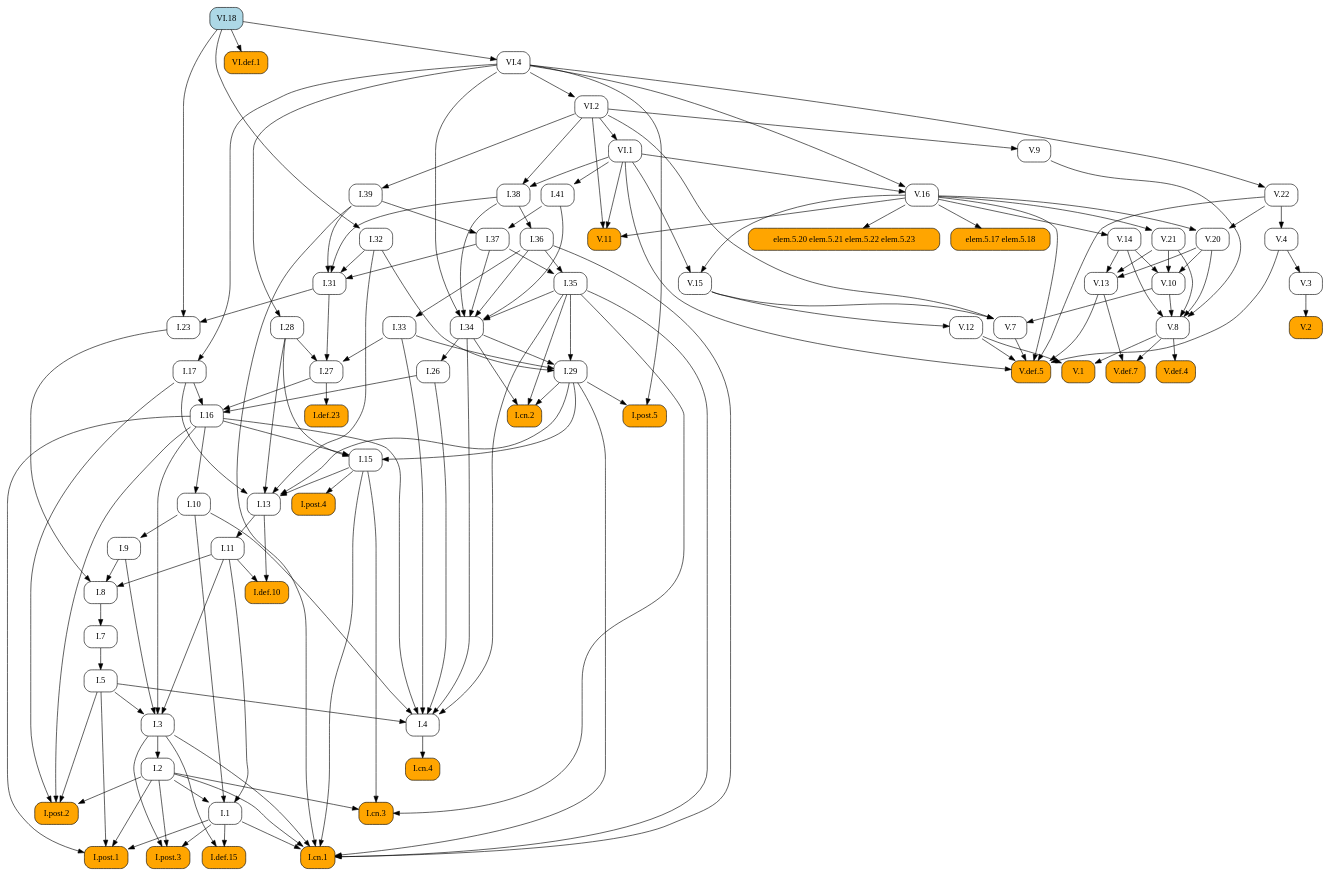
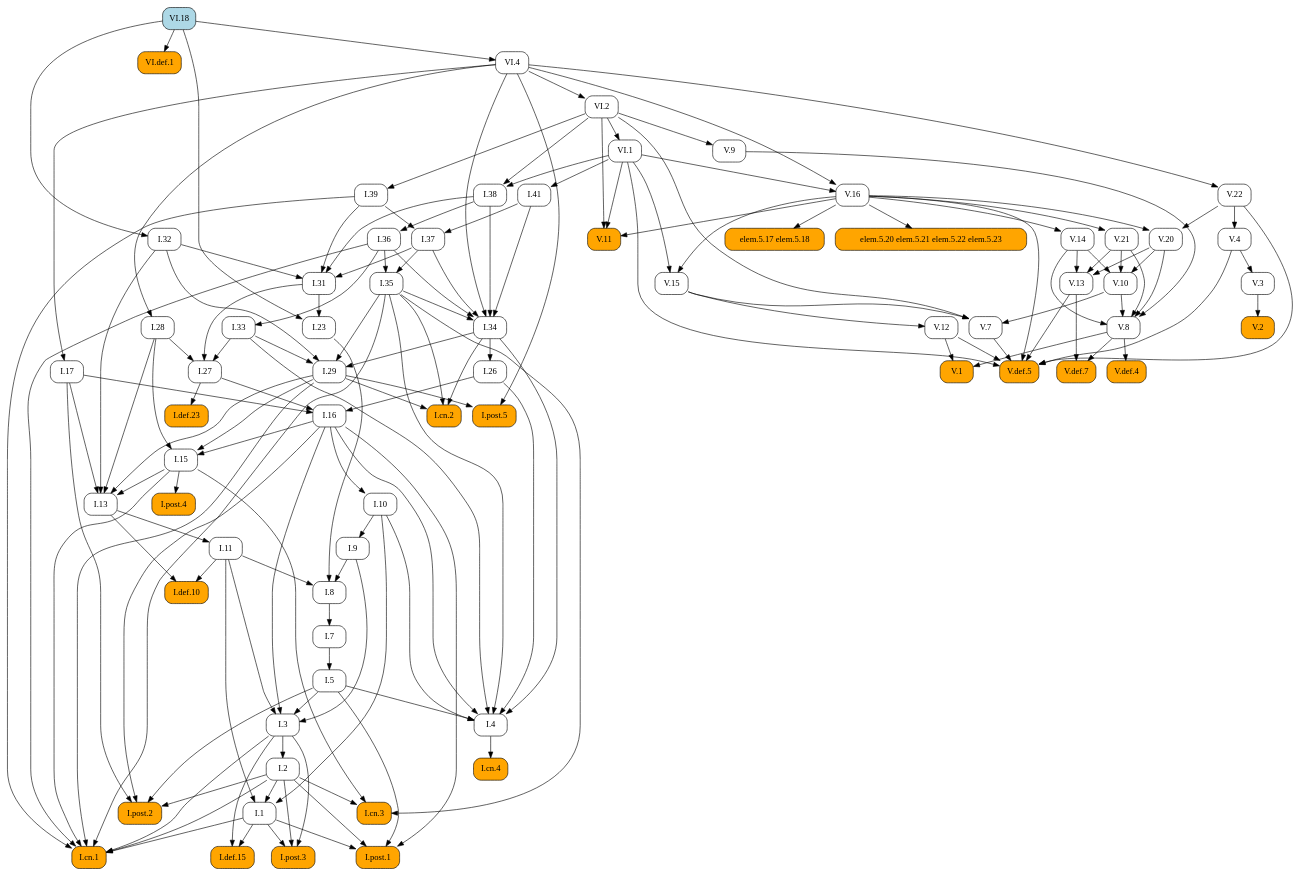
The diagram in docsrc/heath/VI/18/index.rst (geometor/elements), drawn with Graphviz before and after one commit. The commit also changed other lines of this file and 1029 other files, not shown here.

```diff
--- a/docsrc/heath/VI/18/index.rst
+++ b/docsrc/heath/VI/18/index.rst
@@ -86,140 +86,82 @@
    digraph {
      rankdir="TB";
      node [shape=box, style=rounded];
+     "I.def.10" [style="rounded,filled", fillcolor=orange, URL="/heath/I/def.10/", target="_top"];
+     "I.11" [URL="/heath/I/11/", target="_top"];
+     "I.post.4" [style="rounded,filled", fillcolor=orange, URL="/heath/I/post.4/", target="_top"];
+     "I.28" [URL="/heath/I/28/", target="_top"];
+     "I.1" [URL="/heath/I/1/", target="_top"];
+     "VI.18" [style="rounded,filled", fillcolor=lightblue, URL="/heath/VI/18/", target="_top"];
+     "V.def.5" [style="rounded,filled", fillcolor=orange, URL="/heath/V/def.5/", target="_top"];
+     "V.13" [URL="/heath/V/13/", target="_top"];
+     "V.11" [style="rounded,filled", fillcolor=orange, URL="/heath/V/11/", target="_top"];
+     "I.post.3" [style="rounded,filled", fillcolor=orange, URL="/heath/I/post.3/", target="_top"];
+     "VI.1" [URL="/heath/VI/1/", target="_top"];
+     "I.cn.3" [style="rounded,filled", fillcolor=orange, URL="/heath/I/cn.3/", target="_top"];
+     "V.16" [URL="/heath/V/16/", target="_top"];
+     "VI.4" [URL="/heath/VI/4/", target="_top"];
+     "V.3" [URL="/heath/V/3/", target="_top"];
+     "V.8" [URL="/heath/V/8/", target="_top"];
+     "I.27" [URL="/heath/I/27/", target="_top"];
+     "I.36" [URL="/heath/I/36/", target="_top"];
+     "I.41" [URL="/heath/I/41/", target="_top"];
+     "I.37" [URL="/heath/I/37/", target="_top"];
+     "I.34" [URL="/heath/I/34/", target="_top"];
+     "I.2" [URL="/heath/I/2/", target="_top"];
+     "I.def.23" [style="rounded,filled", fillcolor=orange, URL="/heath/I/def.23/", target="_top"];
+     "I.17" [URL="/heath/I/17/", target="_top"];
+     "I.33" [URL="/heath/I/33/", target="_top"];
+     "I.post.2" [style="rounded,filled", fillcolor=orange, URL="/heath/I/post.2/", target="_top"];
+     "VI.def.1" [style="rounded,filled", fillcolor=orange, URL="/heath/VI/def.1/", target="_top"];
+     "elem.5.20 elem.5.21 elem.5.22 elem.5.23" [style="rounded,filled", fillcolor=orange];
+     "I.9" [URL="/heath/I/9/", target="_top"];
+     "I.32" [URL="/heath/I/32/", target="_top"];
+     "I.cn.4" [style="rounded,filled", fillcolor=orange, URL="/heath/I/cn.4/", target="_top"];
+     "V.def.4" [style="rounded,filled", fillcolor=orange, URL="/heath/V/def.4/", target="_top"];
+     "I.15" [URL="/heath/I/15/", target="_top"];
+     "I.38" [URL="/heath/I/38/", target="_top"];
+     "V.def.7" [style="rounded,filled", fillcolor=orange, URL="/heath/V/def.7/", target="_top"];
+     "I.5" [URL="/heath/I/5/", target="_top"];
+     "V.21" [URL="/heath/V/21/", target="_top"];
+     "I.39" [URL="/heath/I/39/", target="_top"];
+     "I.26" [URL="/heath/I/26/", target="_top"];
+     "V.14" [URL="/heath/V/14/", target="_top"];
+     "I.29" [URL="/heath/I/29/", target="_top"];
+     "V.22" [URL="/heath/V/22/", target="_top"];
+     "V.12" [URL="/heath/V/12/", target="_top"];
+     "I.cn.2" [style="rounded,filled", fillcolor=orange, URL="/heath/I/cn.2/", target="_top"];
+     "V.20" [URL="/heath/V/20/", target="_top"];
+     "V.10" [URL="/heath/V/10/", target="_top"];
+     "VI.2" [URL="/heath/VI/2/", target="_top"];
+     "I.def.15" [style="rounded,filled", fillcolor=orange, URL="/heath/I/def.15/", target="_top"];
+     "V.15" [URL="/heath/V/15/", target="_top"];
+     "I.cn.1" [style="rounded,filled", fillcolor=orange, URL="/heath/I/cn.1/", target="_top"];
+     "V.7" [URL="/heath/V/7/", target="_top"];
+     "V.9" [URL="/heath/V/9/", target="_top"];
+     "I.23" [URL="/heath/I/23/", target="_top"];
+     "I.post.1" [style="rounded,filled", fillcolor=orange, URL="/heath/I/post.1/", target="_top"];
+     "I.35" [URL="/heath/I/35/", target="_top"];
+     "I.7" [URL="/heath/I/7/", target="_top"];
+     "I.3" [URL="/heath/I/3/", target="_top"];
+     "I.4" [URL="/heath/I/4/", target="_top"];
+     "I.13" [URL="/heath/I/13/", target="_top"];
+     "V.4" [URL="/heath/V/4/", target="_top"];
+     "I.31" [URL="/heath/I/31/", target="_top"];
      "V.1" [style="rounded,filled", fillcolor=orange, URL="/heath/V/1/", target="_top"];
-     "I.29" [URL="/heath/I/29/", target="_top"];
-     "I.7" [URL="/heath/I/7/", target="_top"];
-     "I.27" [URL="/heath/I/27/", target="_top"];
-     "I.def.23" [style="rounded,filled", fillcolor=orange, URL="/heath/I/def.23/", target="_top"];
-     "V.20" [URL="/heath/V/20/", target="_top"];
-     "I.34" [URL="/heath/I/34/", target="_top"];
+     "I.16" [URL="/heath/I/16/", target="_top"];
+     "elem.5.17 elem.5.18" [style="rounded,filled", fillcolor=orange];
      "I.8" [URL="/heath/I/8/", target="_top"];
      "V.2" [style="rounded,filled", fillcolor=orange, URL="/heath/V/2/", target="_top"];
-     "I.9" [URL="/heath/I/9/", target="_top"];
-     "V.22" [URL="/heath/V/22/", target="_top"];
-     "I.post.4" [style="rounded,filled", fillcolor=orange, URL="/heath/I/post.4/", target="_top"];
-     "I.2" [URL="/heath/I/2/", target="_top"];
-     "V.4" [URL="/heath/V/4/", target="_top"];
-     "I.28" [URL="/heath/I/28/", target="_top"];
-     "VI.4" [URL="/heath/VI/4/", target="_top"];
-     "I.cn.4" [style="rounded,filled", fillcolor=orange, URL="/heath/I/cn.4/", target="_top"];
-     "VI.2" [URL="/heath/VI/2/", target="_top"];
-     "elem.5.20 elem.5.21 elem.5.22 elem.5.23" [style="rounded,filled", fillcolor=orange];
-     "I.23" [URL="/heath/I/23/", target="_top"];
-     "I.13" [URL="/heath/I/13/", target="_top"];
-     "I.5" [URL="/heath/I/5/", target="_top"];
-     "I.11" [URL="/heath/I/11/", target="_top"];
-     "I.4" [URL="/heath/I/4/", target="_top"];
-     "I.def.10" [style="rounded,filled", fillcolor=orange, URL="/heath/I/def.10/", target="_top"];
-     "I.post.3" [style="rounded,filled", fillcolor=orange, URL="/heath/I/post.3/", target="_top"];
-     "V.9" [URL="/heath/V/9/", target="_top"];
-     "VI.def.1" [style="rounded,filled", fillcolor=orange, URL="/heath/VI/def.1/", target="_top"];
-     "elem.5.17 elem.5.18" [style="rounded,filled", fillcolor=orange];
-     "V.3" [URL="/heath/V/3/", target="_top"];
-     "I.36" [URL="/heath/I/36/", target="_top"];
-     "V.12" [URL="/heath/V/12/", target="_top"];
-     "I.15" [URL="/heath/I/15/", target="_top"];
-     "I.17" [URL="/heath/I/17/", target="_top"];
-     "I.32" [URL="/heath/I/32/", target="_top"];
-     "I.41" [URL="/heath/I/41/", target="_top"];
-     "V.def.5" [style="rounded,filled", fillcolor=orange, URL="/heath/V/def.5/", target="_top"];
-     "I.cn.3" [style="rounded,filled", fillcolor=orange, URL="/heath/I/cn.3/", target="_top"];
-     "V.16" [URL="/heath/V/16/", target="_top"];
-     "I.38" [URL="/heath/I/38/", target="_top"];
-     "V.15" [URL="/heath/V/15/", target="_top"];
-     "V.def.4" [style="rounded,filled", fillcolor=orange, URL="/heath/V/def.4/", target="_top"];
-     "V.21" [URL="/heath/V/21/", target="_top"];
-     "V.8" [URL="/heath/V/8/", target="_top"];
-     "V.7" [URL="/heath/V/7/", target="_top"];
-     "I.1" [URL="/heath/I/1/", target="_top"];
-     "I.def.15" [style="rounded,filled", fillcolor=orange, URL="/heath/I/def.15/", target="_top"];
-     "VI.18" [style="rounded,filled", fillcolor=lightblue, URL="/heath/VI/18/", target="_top"];
-     "I.post.1" [style="rounded,filled", fillcolor=orange, URL="/heath/I/post.1/", target="_top"];
-     "V.13" [URL="/heath/V/13/", target="_top"];
-     "I.26" [URL="/heath/I/26/", target="_top"];
-     "I.33" [URL="/heath/I/33/", target="_top"];
-     "V.def.7" [style="rounded,filled", fillcolor=orange, URL="/heath/V/def.7/", target="_top"];
-     "I.39" [URL="/heath/I/39/", target="_top"];
-     "I.cn.2" [style="rounded,filled", fillcolor=orange, URL="/heath/I/cn.2/", target="_top"];
-     "V.10" [URL="/heath/V/10/", target="_top"];
+     "I.post.5" [style="rounded,filled", fillcolor=orange, URL="/heath/I/post.5/", target="_top"];
      "I.10" [URL="/heath/I/10/", target="_top"];
-     "I.3" [URL="/heath/I/3/", target="_top"];
-     "I.16" [URL="/heath/I/16/", target="_top"];
-     "I.31" [URL="/heath/I/31/", target="_top"];
-     "V.11" [style="rounded,filled", fillcolor=orange, URL="/heath/V/11/", target="_top"];
-     "I.post.2" [style="rounded,filled", fillcolor=orange, URL="/heath/I/post.2/", target="_top"];
-     "I.post.5" [style="rounded,filled", fillcolor=orange, URL="/heath/I/post.5/", target="_top"];
-     "VI.1" [URL="/heath/VI/1/", target="_top"];
-     "I.35" [URL="/heath/I/35/", target="_top"];
-     "I.cn.1" [style="rounded,filled", fillcolor=orange, URL="/heath/I/cn.1/", target="_top"];
-     "I.37" [URL="/heath/I/37/", target="_top"];
-     "V.14" [URL="/heath/V/14/", target="_top"];
-     "V.8" -> "V.1";
-     "V.12" -> "V.1";
-     "I.32" -> "I.29";
-     "I.33" -> "I.29";
-     "I.34" -> "I.29";
-     "I.35" -> "I.29";
-     "I.8" -> "I.7";
-     "I.28" -> "I.27";
-     "I.31" -> "I.27";
-     "I.33" -> "I.27";
-     "I.27" -> "I.def.23";
-     "V.16" -> "V.20";
-     "V.22" -> "V.20";
-     "I.35" -> "I.34";
-     "I.36" -> "I.34";
-     "I.37" -> "I.34";
-     "I.38" -> "I.34";
-     "I.41" -> "I.34";
-     "VI.4" -> "I.34";
-     "I.9" -> "I.8";
-     "I.11" -> "I.8";
-     "I.23" -> "I.8";
-     "V.3" -> "V.2";
-     "I.10" -> "I.9";
-     "VI.4" -> "V.22";
-     "I.15" -> "I.post.4";
-     "I.3" -> "I.2";
-     "V.22" -> "V.4";
-     "VI.4" -> "I.28";
-     "VI.18" -> "VI.4";
-     "I.4" -> "I.cn.4";
-     "VI.4" -> "VI.2";
-     "V.16" -> "elem.5.20 elem.5.21 elem.5.22 elem.5.23";
-     "I.31" -> "I.23";
-     "VI.18" -> "I.23";
-     "I.15" -> "I.13";
-     "I.17" -> "I.13";
-     "I.28" -> "I.13";
-     "I.29" -> "I.13";
-     "I.32" -> "I.13";
-     "I.7" -> "I.5";
-     "I.13" -> "I.11";
-     "I.5" -> "I.4";
-     "I.10" -> "I.4";
-     "I.16" -> "I.4";
-     "I.26" -> "I.4";
-     "I.33" -> "I.4";
-     "I.34" -> "I.4";
-     "I.35" -> "I.4";
      "I.11" -> "I.def.10";
      "I.13" -> "I.def.10";
-     "I.1" -> "I.post.3";
-     "I.2" -> "I.post.3";
-     "I.3" -> "I.post.3";
-     "VI.2" -> "V.9";
-     "VI.18" -> "VI.def.1";
-     "V.16" -> "elem.5.17 elem.5.18";
-     "V.4" -> "V.3";
-     "I.38" -> "I.36";
-     "V.15" -> "V.12";
-     "I.16" -> "I.15";
-     "I.28" -> "I.15";
-     "I.29" -> "I.15";
-     "VI.4" -> "I.17";
-     "VI.18" -> "I.32";
-     "VI.1" -> "I.41";
+     "I.13" -> "I.11";
+     "I.15" -> "I.post.4";
+     "VI.4" -> "I.28";
+     "I.2" -> "I.1";
+     "I.10" -> "I.1";
+     "I.11" -> "I.1";
      "V.4" -> "V.def.5";
      "V.7" -> "V.def.5";
      "V.12" -> "V.def.5";
@@ -227,72 +169,86 @@
      "V.16" -> "V.def.5";
      "V.22" -> "V.def.5";
      "VI.1" -> "V.def.5";
+     "V.14" -> "V.13";
+     "V.20" -> "V.13";
+     "V.21" -> "V.13";
+     "V.16" -> "V.11";
+     "VI.1" -> "V.11";
+     "VI.2" -> "V.11";
+     "I.1" -> "I.post.3";
+     "I.2" -> "I.post.3";
+     "I.3" -> "I.post.3";
+     "VI.2" -> "VI.1";
      "I.2" -> "I.cn.3";
      "I.15" -> "I.cn.3";
      "I.35" -> "I.cn.3";
      "VI.1" -> "V.16";
      "VI.4" -> "V.16";
-     "VI.1" -> "I.38";
-     "VI.2" -> "I.38";
-     "V.16" -> "V.15";
-     "VI.1" -> "V.15";
-     "V.8" -> "V.def.4";
-     "V.16" -> "V.21";
+     "VI.18" -> "VI.4";
+     "V.4" -> "V.3";
      "V.9" -> "V.8";
      "V.10" -> "V.8";
      "V.14" -> "V.8";
      "V.20" -> "V.8";
      "V.21" -> "V.8";
-     "V.10" -> "V.7";
-     "V.15" -> "V.7";
-     "VI.2" -> "V.7";
-     "I.2" -> "I.1";
-     "I.10" -> "I.1";
-     "I.11" -> "I.1";
-     "I.1" -> "I.def.15";
-     "I.3" -> "I.def.15";
-     "I.1" -> "I.post.1";
-     "I.2" -> "I.post.1";
-     "I.5" -> "I.post.1";
-     "I.16" -> "I.post.1";
-     "V.14" -> "V.13";
-     "V.20" -> "V.13";
-     "V.21" -> "V.13";
-     "I.34" -> "I.26";
+     "I.28" -> "I.27";
+     "I.31" -> "I.27";
+     "I.33" -> "I.27";
+     "I.38" -> "I.36";
+     "VI.1" -> "I.41";
+     "I.39" -> "I.37";
+     "I.41" -> "I.37";
+     "I.35" -> "I.34";
+     "I.36" -> "I.34";
+     "I.37" -> "I.34";
+     "I.38" -> "I.34";
+     "I.41" -> "I.34";
+     "VI.4" -> "I.34";
+     "I.3" -> "I.2";
+     "I.27" -> "I.def.23";
+     "VI.4" -> "I.17";
      "I.36" -> "I.33";
-     "V.8" -> "V.def.7";
-     "V.13" -> "V.def.7";
-     "VI.2" -> "I.39";
-     "I.29" -> "I.cn.2";
-     "I.34" -> "I.cn.2";
-     "I.35" -> "I.cn.2";
-     "V.14" -> "V.10";
-     "V.20" -> "V.10";
-     "V.21" -> "V.10";
-     "I.16" -> "I.10";
-     "I.5" -> "I.3";
-     "I.9" -> "I.3";
-     "I.11" -> "I.3";
-     "I.16" -> "I.3";
-     "I.17" -> "I.16";
-     "I.26" -> "I.16";
-     "I.27" -> "I.16";
-     "I.32" -> "I.31";
-     "I.37" -> "I.31";
-     "I.38" -> "I.31";
-     "I.39" -> "I.31";
-     "V.16" -> "V.11";
-     "VI.1" -> "V.11";
-     "VI.2" -> "V.11";
      "I.2" -> "I.post.2";
      "I.5" -> "I.post.2";
      "I.16" -> "I.post.2";
      "I.17" -> "I.post.2";
-     "I.29" -> "I.post.5";
-     "VI.4" -> "I.post.5";
-     "VI.2" -> "VI.1";
-     "I.36" -> "I.35";
-     "I.37" -> "I.35";
+     "VI.18" -> "VI.def.1";
+     "V.16" -> "elem.5.20 elem.5.21 elem.5.22 elem.5.23";
+     "I.10" -> "I.9";
+     "VI.18" -> "I.32";
+     "I.4" -> "I.cn.4";
+     "V.8" -> "V.def.4";
+     "I.16" -> "I.15";
+     "I.28" -> "I.15";
+     "I.29" -> "I.15";
+     "VI.1" -> "I.38";
+     "VI.2" -> "I.38";
+     "V.8" -> "V.def.7";
+     "V.13" -> "V.def.7";
+     "I.7" -> "I.5";
+     "V.16" -> "V.21";
+     "VI.2" -> "I.39";
+     "I.34" -> "I.26";
+     "V.16" -> "V.14";
+     "I.32" -> "I.29";
+     "I.33" -> "I.29";
+     "I.34" -> "I.29";
+     "I.35" -> "I.29";
+     "VI.4" -> "V.22";
+     "V.15" -> "V.12";
+     "I.29" -> "I.cn.2";
+     "I.34" -> "I.cn.2";
+     "I.35" -> "I.cn.2";
+     "V.16" -> "V.20";
+     "V.22" -> "V.20";
+     "V.14" -> "V.10";
+     "V.20" -> "V.10";
+     "V.21" -> "V.10";
+     "VI.4" -> "VI.2";
+     "I.1" -> "I.def.15";
+     "I.3" -> "I.def.15";
+     "V.16" -> "V.15";
+     "VI.1" -> "V.15";
      "I.1" -> "I.cn.1";
      "I.2" -> "I.cn.1";
      "I.3" -> "I.cn.1";
@@ -301,7 +257,51 @@
      "I.35" -> "I.cn.1";
      "I.36" -> "I.cn.1";
      "I.39" -> "I.cn.1";
-     "I.39" -> "I.37";
-     "I.41" -> "I.37";
-     "V.16" -> "V.14";
+     "V.10" -> "V.7";
+     "V.15" -> "V.7";
+     "VI.2" -> "V.7";
+     "VI.2" -> "V.9";
+     "I.31" -> "I.23";
+     "VI.18" -> "I.23";
+     "I.1" -> "I.post.1";
+     "I.2" -> "I.post.1";
+     "I.5" -> "I.post.1";
+     "I.16" -> "I.post.1";
+     "I.36" -> "I.35";
+     "I.37" -> "I.35";
+     "I.8" -> "I.7";
+     "I.5" -> "I.3";
+     "I.9" -> "I.3";
+     "I.11" -> "I.3";
+     "I.16" -> "I.3";
+     "I.5" -> "I.4";
+     "I.10" -> "I.4";
+     "I.16" -> "I.4";
+     "I.26" -> "I.4";
+     "I.33" -> "I.4";
+     "I.34" -> "I.4";
+     "I.35" -> "I.4";
+     "I.15" -> "I.13";
+     "I.17" -> "I.13";
+     "I.28" -> "I.13";
+     "I.29" -> "I.13";
+     "I.32" -> "I.13";
+     "V.22" -> "V.4";
+     "I.32" -> "I.31";
+     "I.37" -> "I.31";
+     "I.38" -> "I.31";
+     "I.39" -> "I.31";
+     "V.8" -> "V.1";
+     "V.12" -> "V.1";
+     "I.17" -> "I.16";
+     "I.26" -> "I.16";
+     "I.27" -> "I.16";
+     "V.16" -> "elem.5.17 elem.5.18";
+     "I.9" -> "I.8";
+     "I.11" -> "I.8";
+     "I.23" -> "I.8";
+     "V.3" -> "V.2";
+     "I.29" -> "I.post.5";
+     "VI.4" -> "I.post.5";
+     "I.16" -> "I.10";
    }
```
